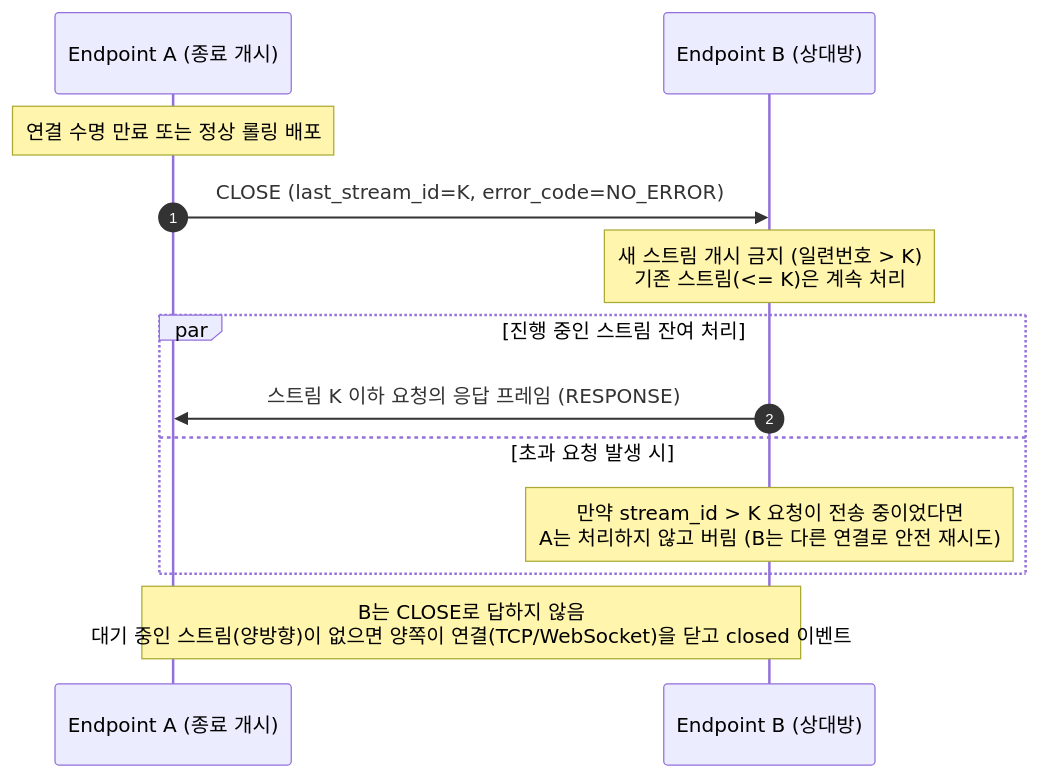
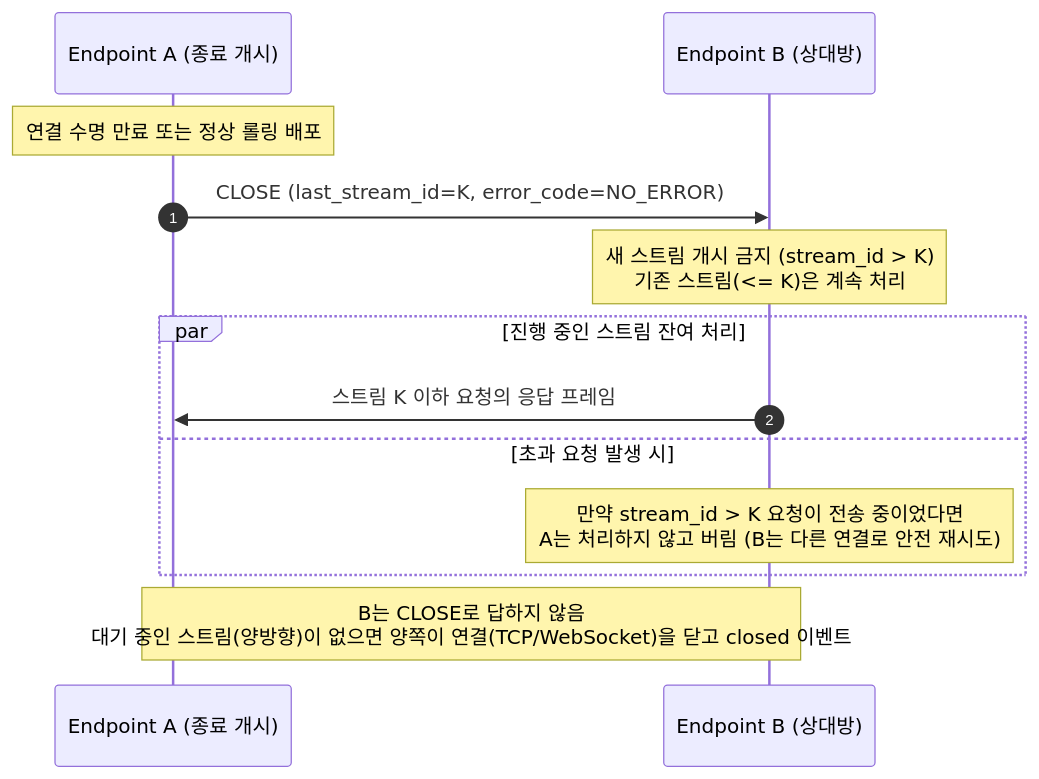
One commit to ppzxc/strand changed the second of 3 diagrams in docs/specification/STRAND_SPECIFICATION.md. Above: the diagram before and after it, drawn with Mermaid. The commit also changed other lines of this file, not shown here.

First line of the commit message:
docs: 규격 본문의 스트림 번호 공간, 상태, 동시 스트림 수 단순화 (#91)

````diff
--- a/docs/specification/STRAND_SPECIFICATION.md
+++ b/docs/specification/STRAND_SPECIFICATION.md
@@ -480,19 +450,19 @@
 ```mermaid
 sequenceDiagram
     autonumber
     participant A as Endpoint A (종료 개시)
     participant B as Endpoint B (상대방)
 
     Note over A: 연결 수명 만료 또는 정상 롤링 배포
     A->>B: CLOSE (last_stream_id=K, error_code=NO_ERROR)
     
-    Note over B: 새 스트림 개시 금지 (일련번호 > K)<br/>기존 스트림(<= K)은 계속 처리
+    Note over B: 새 스트림 개시 금지 (stream_id > K)<br/>기존 스트림(<= K)은 계속 처리
     
     par 진행 중인 스트림 잔여 처리
-        B->>A: 스트림 K 이하 요청의 응답 프레임 (RESPONSE)
+        B->>A: 스트림 K 이하 요청의 응답 프레임
     and 초과 요청 발생 시
         Note over B: 만약 stream_id > K 요청이 전송 중이었다면<br/>A는 처리하지 않고 버림 (B는 다른 연결로 안전 재시도)
     end
     
     Note over A,B: B는 CLOSE로 답하지 않음<br/>대기 중인 스트림(양방향)이 없으면 양쪽이 연결(TCP/WebSocket)을 닫고 closed 이벤트
 ```
````
